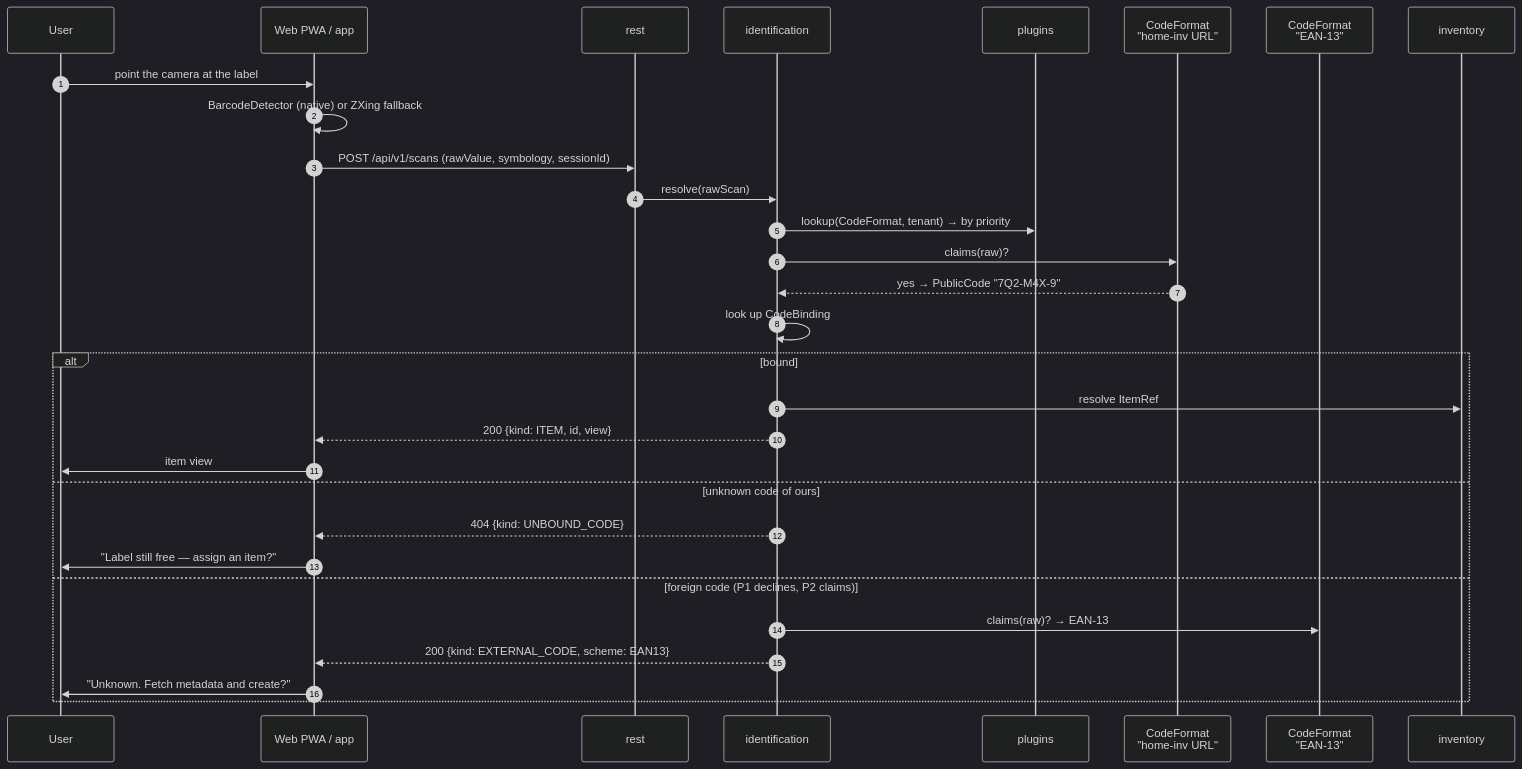
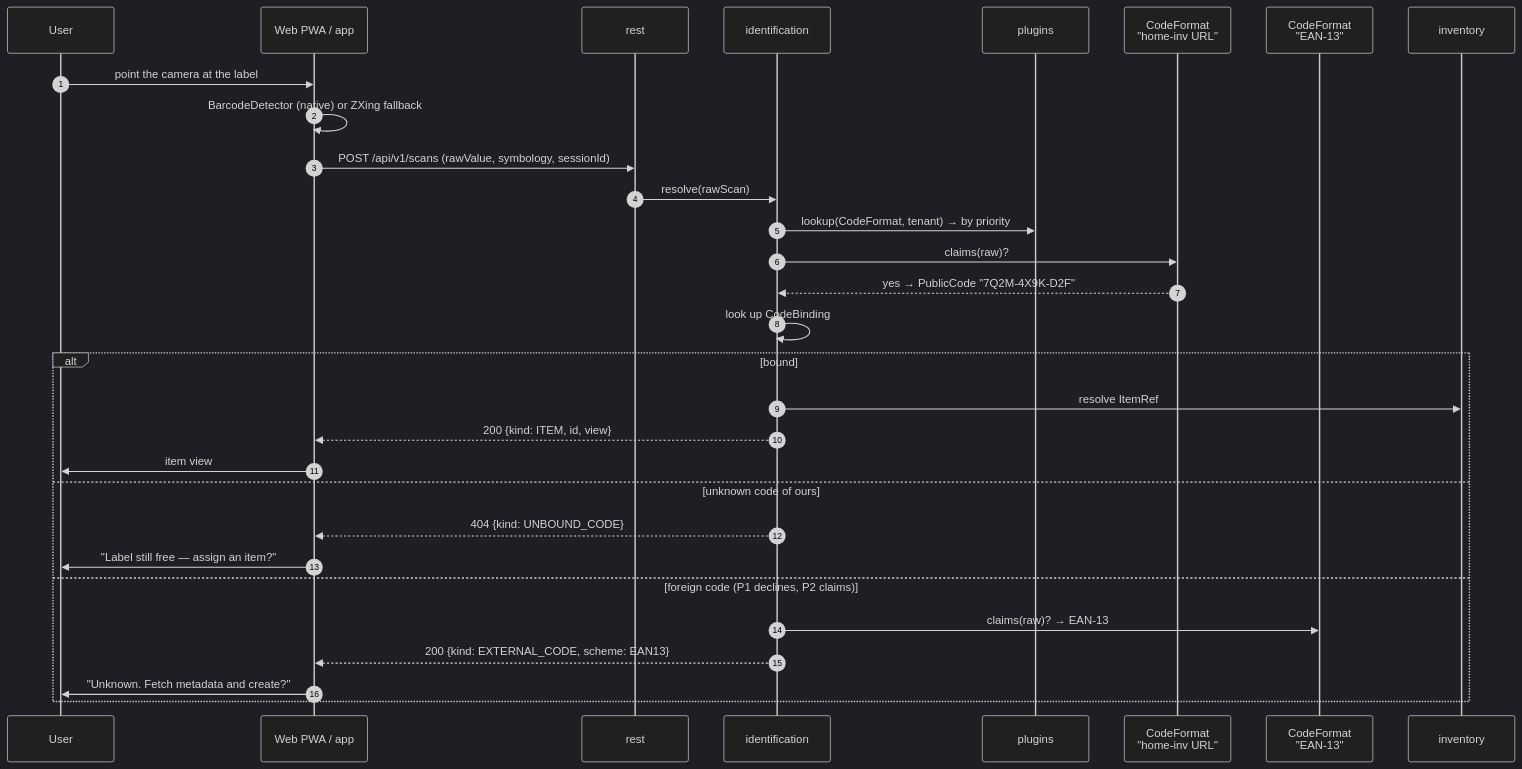
One commit to greluc/Home-Inventory changed the third of 10 diagrams in docs/architecture/05-runtime-view.md. Above: the diagram before and after it, drawn with Mermaid (dark theme). The commit also changed other lines of this file and 38 other files, not shown here.

````diff
--- a/docs/architecture/05-runtime-view.md
+++ b/docs/architecture/05-runtime-view.md
@@ -103,33 +111,33 @@
 ```mermaid
 sequenceDiagram
     autonumber
     participant U as User
     participant W as Web PWA / app
     participant R as rest
     participant ID as identification
     participant PR as plugins
     participant P1 as CodeFormat<br/>"home-inv URL"
     participant P2 as CodeFormat<br/>"EAN-13"
     participant INV as inventory
 
     U->>W: point the camera at the label
     W->>W: BarcodeDetector (native) or ZXing fallback
     W->>R: POST /api/v1/scans (rawValue, symbology, sessionId)
     R->>ID: resolve(rawScan)
     ID->>PR: lookup(CodeFormat, tenant) → by priority
     ID->>P1: claims(raw)?
-    P1-->>ID: yes → PublicCode "7Q2-M4X-9"
+    P1-->>ID: yes → PublicCode "7Q2M-4X9K-D2F"
     ID->>ID: look up CodeBinding
     alt bound
         ID->>INV: resolve ItemRef
         ID-->>W: 200 {kind: ITEM, id, view}
         W->>U: item view
     else unknown code of ours
         ID-->>W: 404 {kind: UNBOUND_CODE}
         W->>U: "Label still free — assign an item?"
     else foreign code (P1 declines, P2 claims)
         ID->>P2: claims(raw)? → EAN-13
         ID-->>W: 200 {kind: EXTERNAL_CODE, scheme: EAN13}
         W->>U: "Unknown. Fetch metadata and create?"
     end
 ```
````
